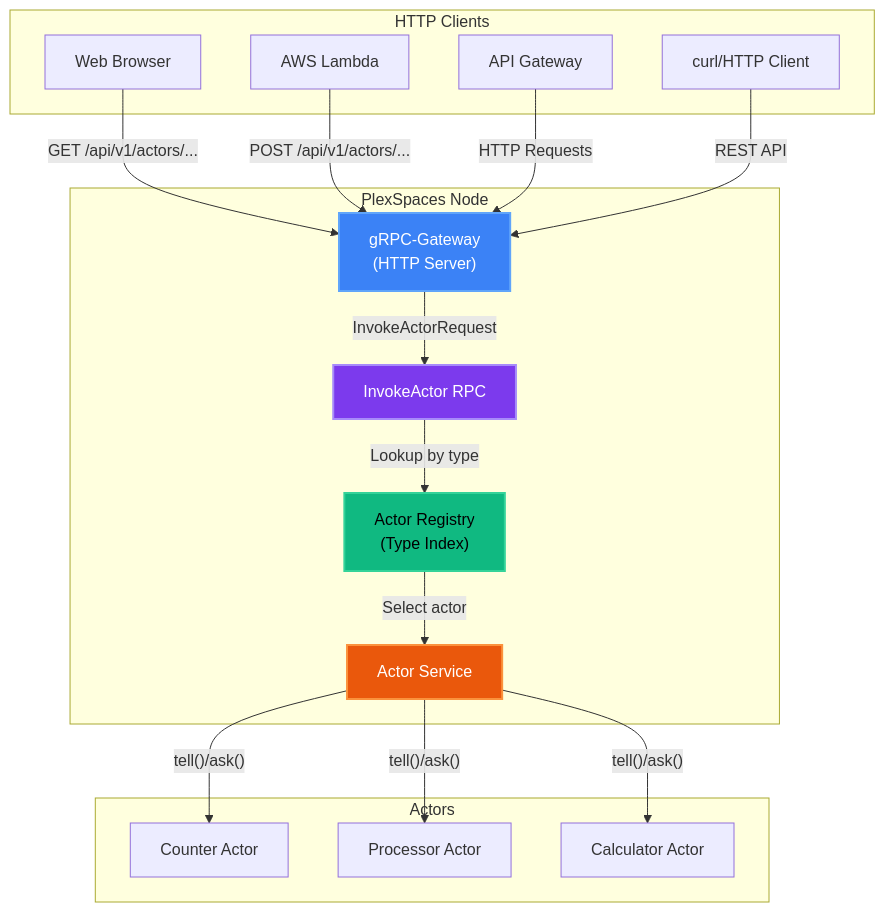
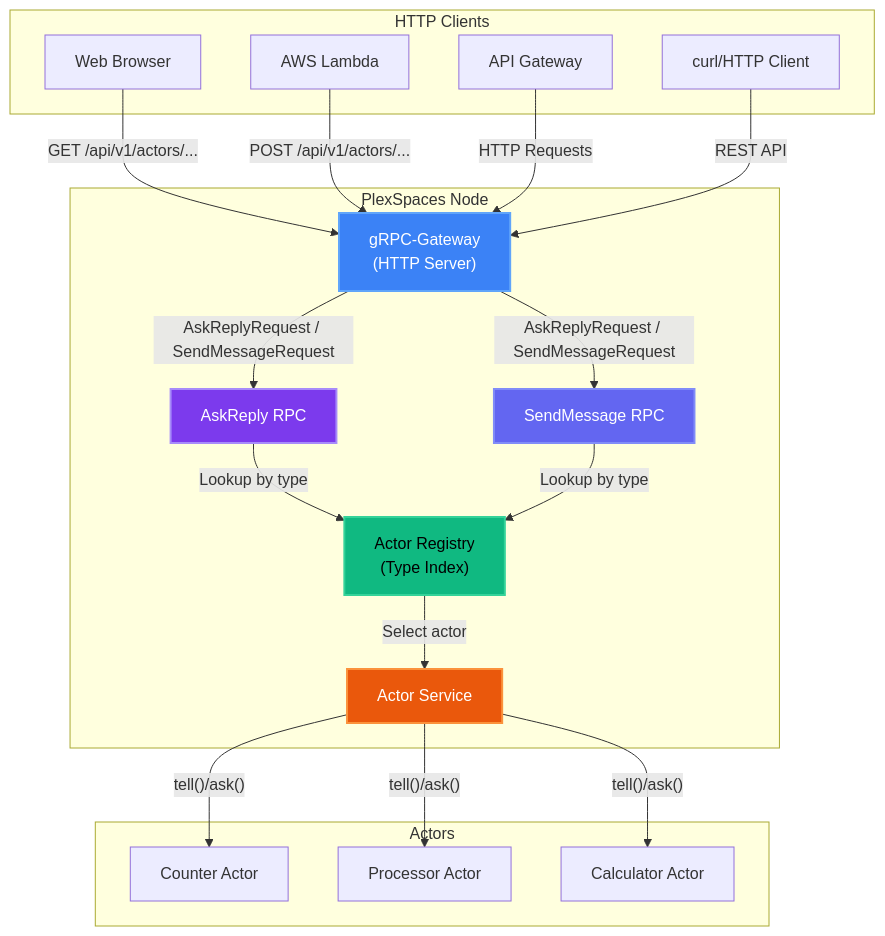
Diagram 12 of 16 in docs/architecture.md (bhatti/PlexSpaces), drawn with Mermaid before and after one commit. The commit also changed other lines of this file and 81 other files, not shown here.

````diff
--- a/docs/architecture.md
+++ b/docs/architecture.md
@@ -942,39 +942,43 @@
 ```mermaid
 graph TB
     subgraph Client["HTTP Clients"]
         Browser["Web Browser"]
         Lambda["AWS Lambda"]
         API["API Gateway"]
         Curl["curl/HTTP Client"]
     end
     
     subgraph PlexSpaces["PlexSpaces Node"]
         Gateway["gRPC-Gateway<br/>(HTTP Server)"]
-        InvokeActor["InvokeActor RPC"]
+        AskReply["AskReply RPC"]
+        SendMessage["SendMessage RPC"]
         ActorRegistry["Actor Registry<br/>(Type Index)"]
         ActorService["Actor Service"]
     end
     
     subgraph Actors["Actors"]
         Counter["Counter Actor"]
         Processor["Processor Actor"]
         Calculator["Calculator Actor"]
     end
     
     Browser -->|"GET /api/v1/actors/..."| Gateway
     Lambda -->|"POST /api/v1/actors/..."| Gateway
     API -->|"HTTP Requests"| Gateway
     Curl -->|"REST API"| Gateway
     
-    Gateway -->|"InvokeActorRequest"| InvokeActor
-    InvokeActor -->|"Lookup by type"| ActorRegistry
+    Gateway -->|"AskReplyRequest / SendMessageRequest"| AskReply
+    Gateway -->|"AskReplyRequest / SendMessageRequest"| SendMessage
+    AskReply -->|"Lookup by type"| ActorRegistry
+    SendMessage -->|"Lookup by type"| ActorRegistry
     ActorRegistry -->|"Select actor"| ActorService
     ActorService -->|"tell()/ask()"| Counter
     ActorService -->|"tell()/ask()"| Processor
     ActorService -->|"tell()/ask()"| Calculator
     
     style Gateway fill:#3b82f6,stroke:#60a5fa,stroke-width:2px,color:#fff
-    style InvokeActor fill:#7c3aed,stroke:#a78bfa,stroke-width:2px,color:#fff
+    style AskReply fill:#7c3aed,stroke:#a78bfa,stroke-width:2px,color:#fff
+    style SendMessage fill:#6366f1,stroke:#818cf8,stroke-width:2px,color:#fff
     style ActorRegistry fill:#10b981,stroke:#34d399,stroke-width:2px,color:#000
     style ActorService fill:#ea580c,stroke:#fb923c,stroke-width:2px,color:#fff
 ```
````
